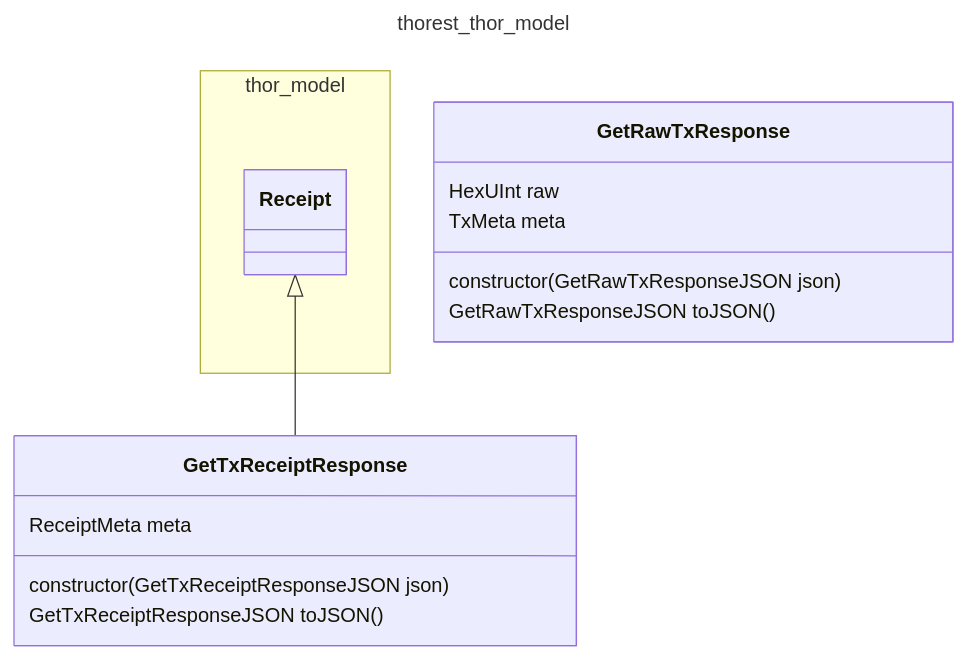
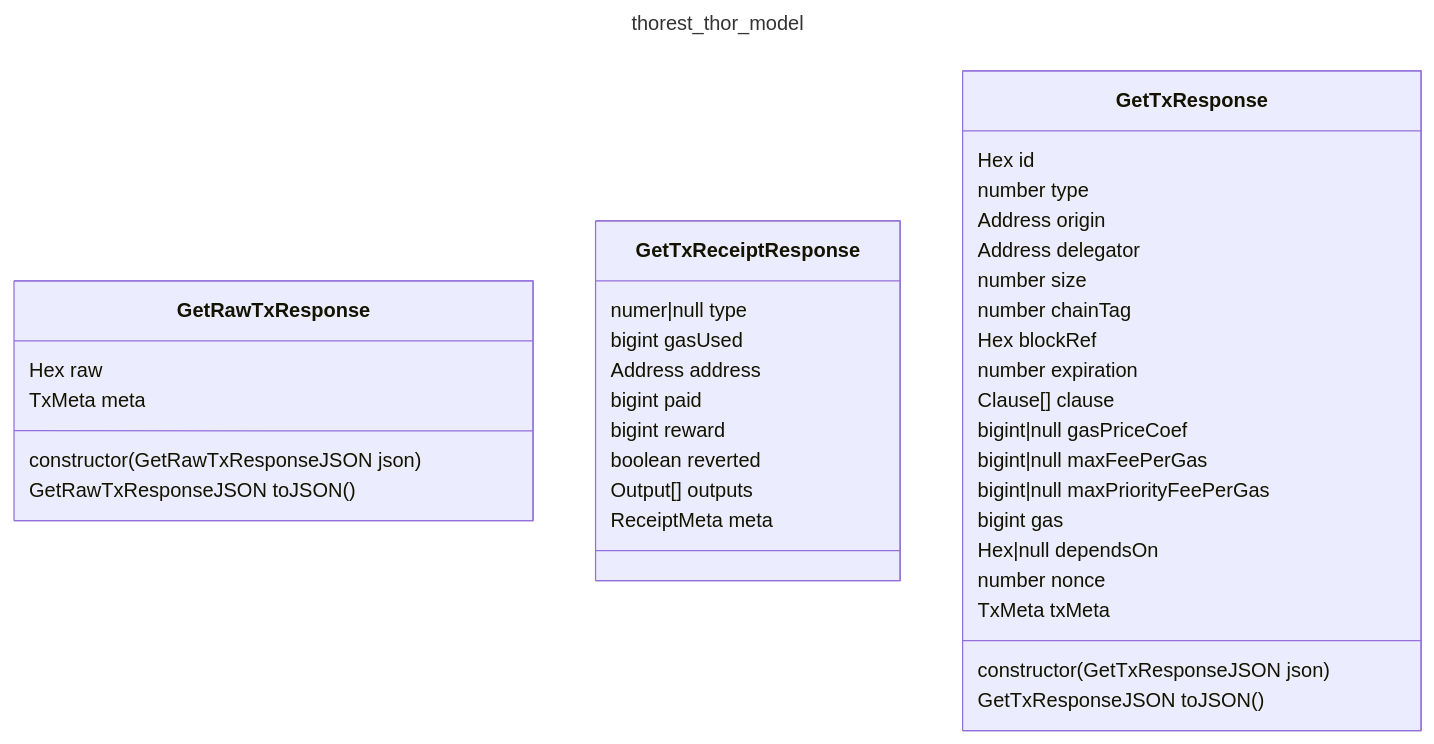
Before and after one commit to vechain/vechain-sdk-js: the diagram in docs/thorest/thor/transactions/transactions.mmd, drawn with Mermaid. The commit also changed 22 other files, not shown here.

```diff
--- a/docs/thorest/thor/transactions/transactions.mmd
+++ b/docs/thorest/thor/transactions/transactions.mmd
@@ -1,19 +1,40 @@
 ---
 title: thorest_thor_model
 ---
 classDiagram
-    namespace thor_model {
-        class Receipt
-    }
     class GetRawTxResponse {
-        HexUInt raw
+        Hex raw
         TxMeta meta
         constructor(GetRawTxResponseJSON json)
         GetRawTxResponseJSON toJSON()
     }
     class GetTxReceiptResponse {
+        numer|null type
+        bigint gasUsed
+        Address address
+        bigint paid
+        bigint reward
+        boolean reverted
+        Output[] outputs
         ReceiptMeta meta
-        constructor(GetTxReceiptResponseJSON json)
-        GetTxReceiptResponseJSON toJSON()
     }
-    Receipt <|-- GetTxReceiptResponse
+    class GetTxResponse {
+        Hex id
+        number type
+        Address origin
+        Address delegator
+        number size
+        number chainTag
+        Hex blockRef
+        number expiration
+        Clause[] clause
+        bigint|null gasPriceCoef
+        bigint|null maxFeePerGas
+        bigint|null maxPriorityFeePerGas
+        bigint gas
+        Hex|null dependsOn
+        number nonce
+        TxMeta txMeta
+        constructor(GetTxResponseJSON json)
+        GetTxResponseJSON toJSON()
+    }
```
